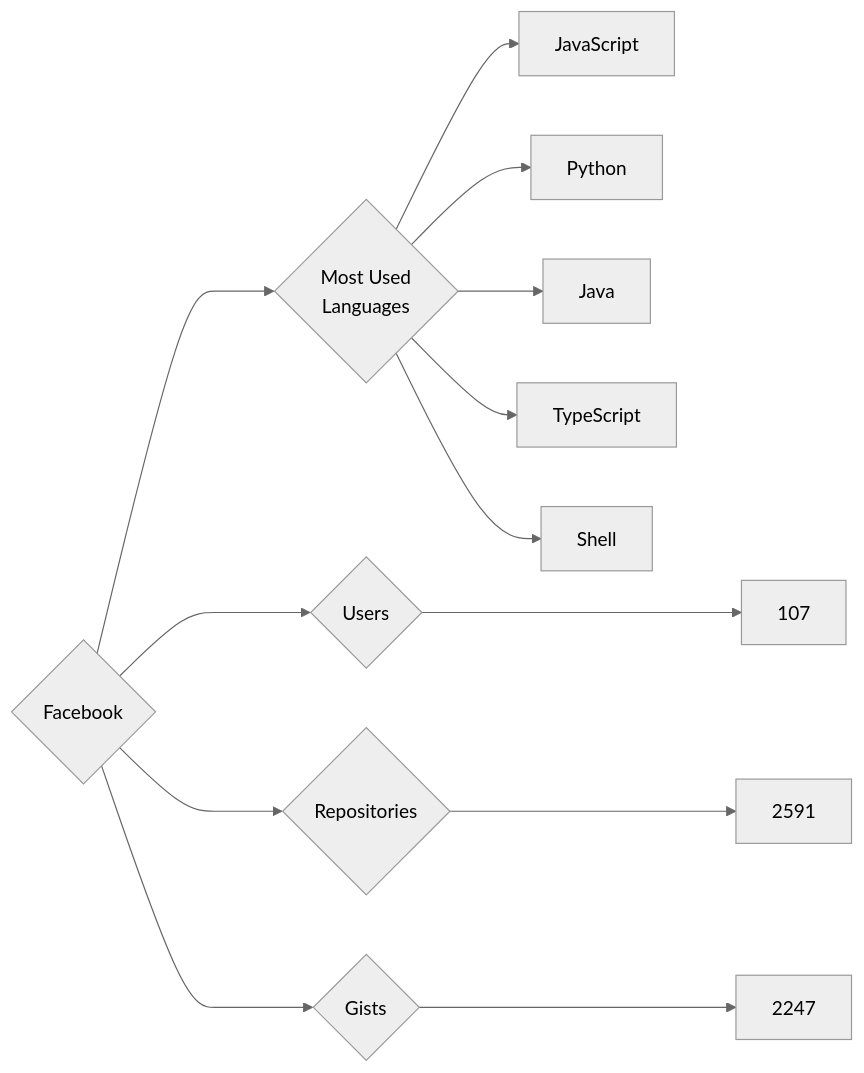
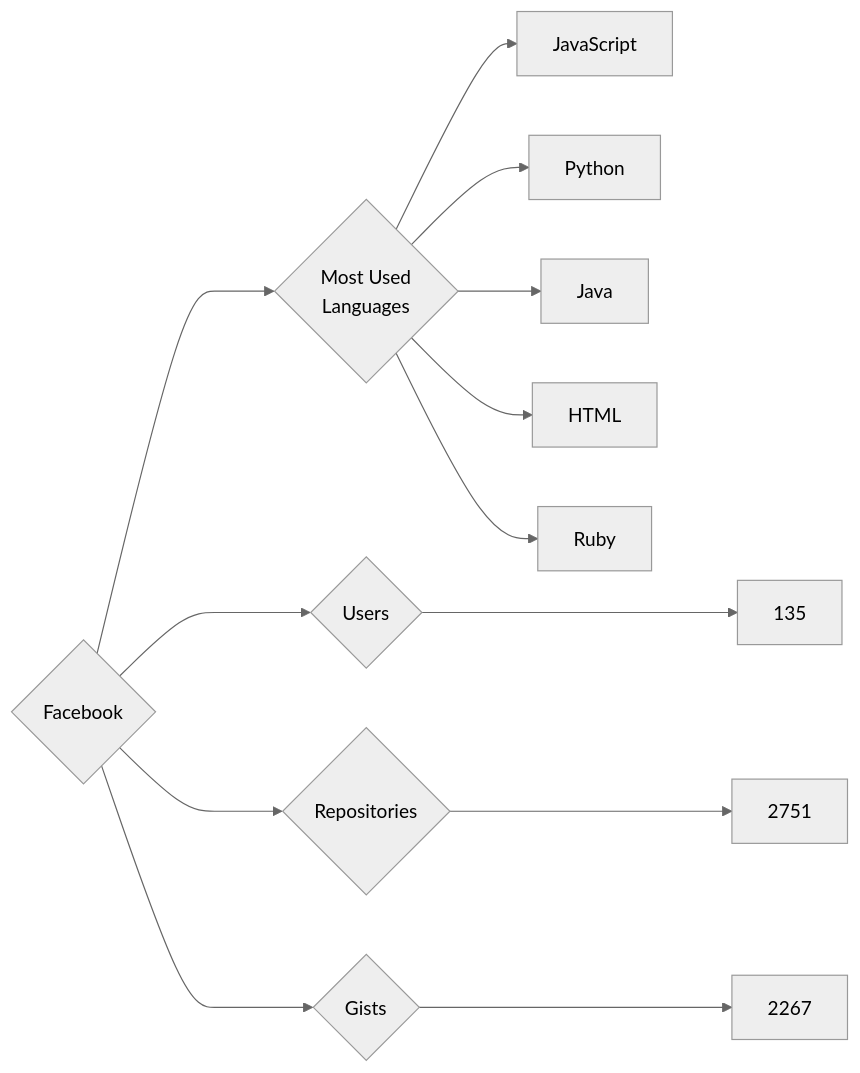
One commit to trickest/insiders changed the diagram in targets/Facebook/README.md. Above: the diagram before and after it, drawn with Mermaid (neutral theme). The commit also changed 736 other files, not shown here.

````diff
--- a/targets/Facebook/README.md
+++ b/targets/Facebook/README.md
@@ -3,13 +3,13 @@
 ```mermaid
 graph LR
 COMPANY_NAME{Facebook}
-COMPANY_NAME ---> U{Users} ---> UN[107]
-COMPANY_NAME ---> R{Repositories} ---> RN[2591]
-COMPANY_NAME ---> G{Gists} ---> GN[2247]
+COMPANY_NAME ---> U{Users} ---> UN[135]
+COMPANY_NAME ---> R{Repositories} ---> RN[2751]
+COMPANY_NAME ---> G{Gists} ---> GN[2267]
 COMPANY_NAME ---> ML{Most Used<br>Languages}
 ML --> JavaScript[JavaScript]
 ML --> Python[Python]
 ML --> Java[Java]
-ML --> TypeScript[TypeScript]
-ML --> Shell[Shell]
+ML --> HTML[HTML]
+ML --> Ruby[Ruby]
 ```
````
